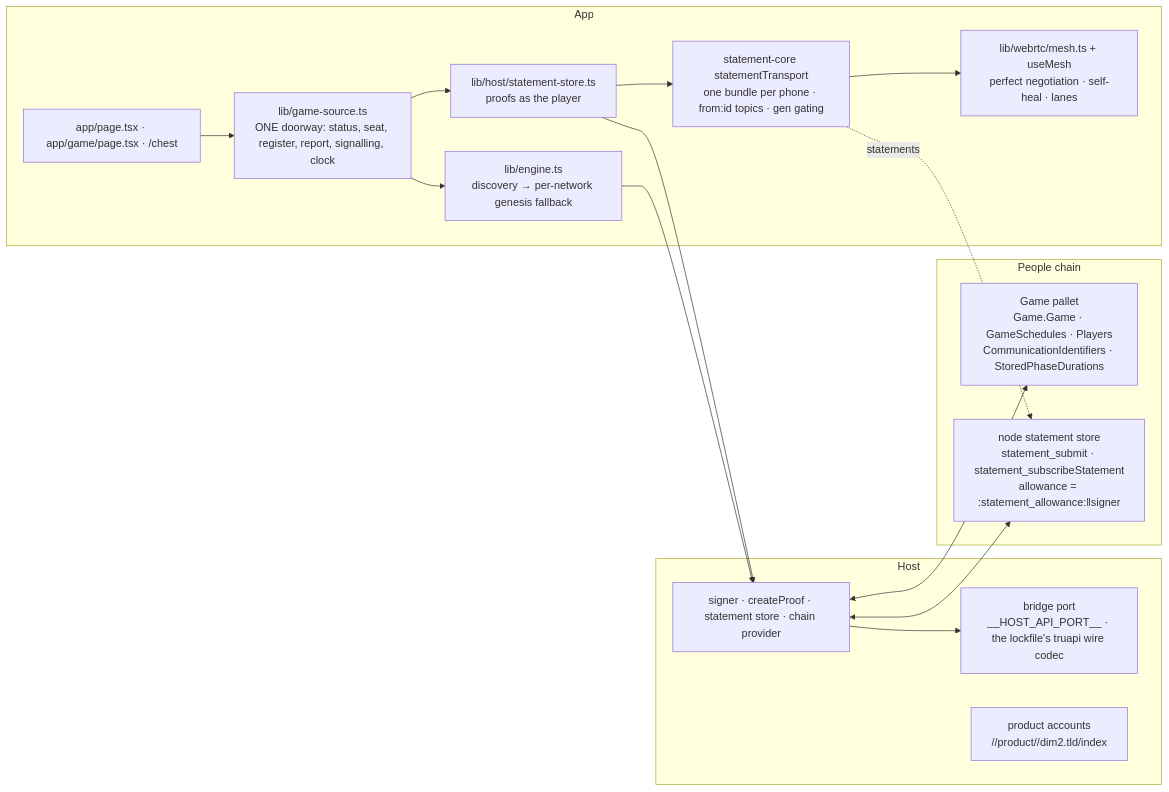
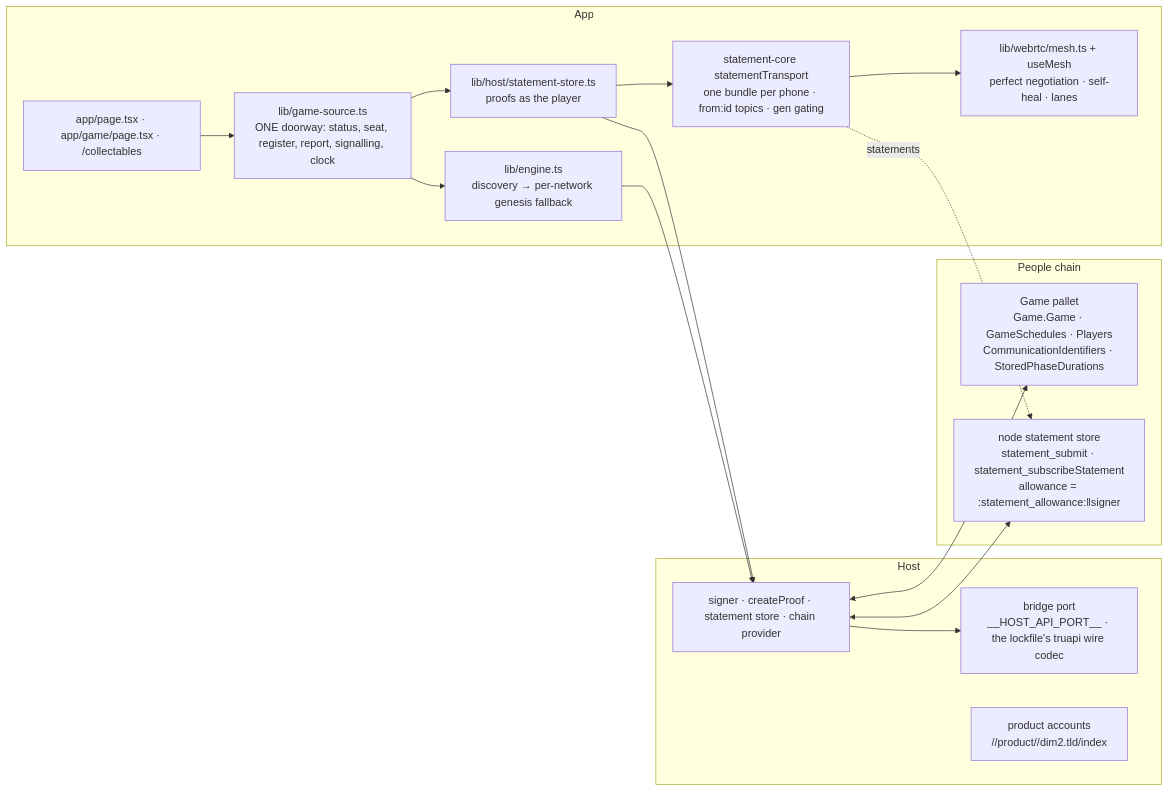
The third of 3 diagrams in docs/flow.md (paritytech/individuality-apps), drawn with Mermaid before and after one commit. The commit also changed other lines of this file and 207 other files, not shown here.

Commit message:
refactor(jollity-app): rename the chest to collectables

````diff
--- a/docs/flow.md
+++ b/docs/flow.md
@@ -112,26 +112,26 @@
 ```mermaid
 flowchart LR
   subgraph chain[People chain]
     G[Game pallet<br/>Game.Game · GameSchedules · Players<br/>CommunicationIdentifiers · StoredPhaseDurations]
     SS[node statement store<br/>statement_submit · statement_subscribeStatement<br/>allowance = :statement_allowance:‖signer]
   end
   subgraph host[Host]
     B["bridge port<br/>__HOST_API_PORT__ · the lockfile's truapi wire codec"]
     ID[product accounts<br/>//product//dim2.tld/index]
     SG[signer · createProof · statement store · chain provider]
   end
   subgraph app[App]
     E[lib/engine.ts<br/>discovery → per-network genesis fallback]
     GS[lib/game-source.ts<br/>ONE doorway: status, seat, register, report, signalling, clock]
     ST[lib/host/statement-store.ts<br/>proofs as the player]
     T[statement-core statementTransport<br/>one bundle per phone · from:id topics · gen gating]
     M[lib/webrtc/mesh.ts + useMesh<br/>perfect negotiation · self-heal · lanes]
-    UI[app/page.tsx · app/game/page.tsx · /chest]
+    UI[app/page.tsx · app/game/page.tsx · /collectables]
   end
   UI --> GS --> E --> SG --> B
   GS --> ST --> T --> M
   ST --> SG
   SG <--> G
   SG <--> SS
   T -. statements .-> SS
 ```
````
